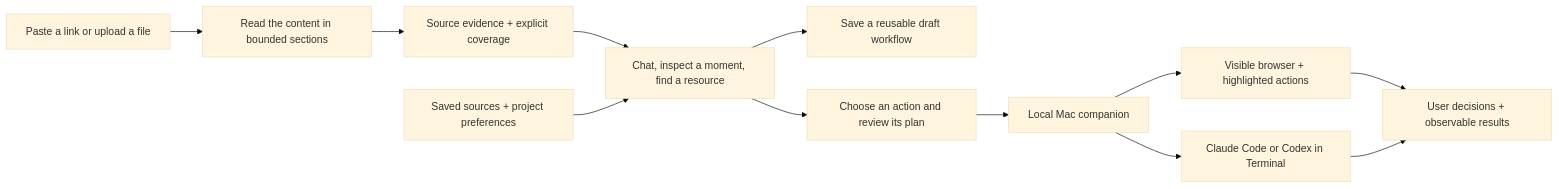
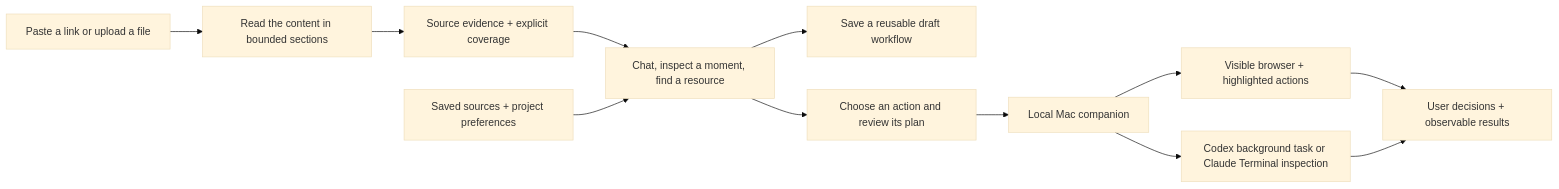
One commit to kaantaskentt/Send-me-reel changed the diagram in README.md. Above: the diagram before and after it, drawn with Mermaid (base theme). The commit also changed other lines of this file and 45 other files, not shown here.

````diff
--- a/README.md
+++ b/README.md
@@ -9,14 +11,14 @@
 ```mermaid
 flowchart LR
   A[Paste a link or upload a file] --> B[Read the content in bounded sections]
   B --> C[Source evidence + explicit coverage]
   C --> Q[Chat, inspect a moment, find a resource]
   L[Saved sources + project preferences] --> Q
   Q --> W[Save a reusable draft workflow]
   Q --> D[Choose an action and review its plan]
   D --> E[Local Mac companion]
   E --> F[Visible browser + highlighted actions]
-  E --> G[Claude Code or Codex in Terminal]
+  E --> G[Codex background task or Claude Terminal inspection]
   F --> H[User decisions + observable results]
   G --> H
 ```
````
